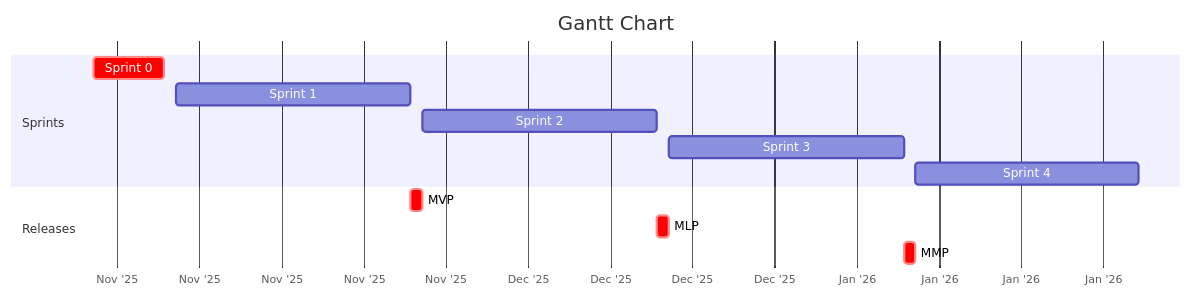
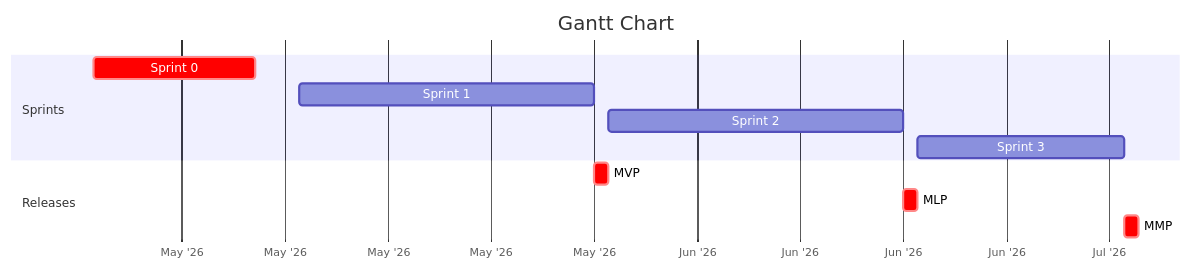
One commit to marlonburri03/cloud-escape-lab changed the second of 3 diagrams in README.md. Above: the diagram before and after it, drawn with Mermaid. The commit also changed other lines of this file and 3 other files, not shown here.

````diff
--- a/README.md
+++ b/README.md
@@ -230,18 +230,17 @@
 ```mermaid
 gantt
   title Gantt Chart
   dateFormat YYYY-MM-DD
   axisFormat %b '%y
 
   section Sprints
-  Sprint 0 :crit, sprint0, 2025-10-31, 2025-11-06
-  Sprint 1 :sprint1, 2025-11-07, 2025-11-27
-  Sprint 2 :sprint2, 2025-11-28, 2025-12-18
-  Sprint 3 :sprint3, 2025-12-19, 2026-01-08
-  Sprint 4 :sprint4, 2026-01-09, 2026-01-28
+  Sprint 0 :crit, sprint0, 2026-04-27, 2026-05-08
+  Sprint 1 :sprint1, 2026-05-11, 2026-05-31
+  Sprint 2 :sprint2, 2026-06-01, 2026-06-21
+  Sprint 3 :sprint3, 2026-06-22, 2026-07-06
 
   section Releases
-  MVP :crit, mvp, 2025-11-27, 1d
-  MLP :crit, mlp, 2025-12-18, 1d
-  MMP :crit, mmp, 2026-01-08, 1d
+  MVP :crit, mvp, 2026-05-31, 1d
+  MLP :crit, mlp, 2026-06-21, 1d
+  MMP :crit, mmp, 2026-07-06, 1d
 ```
````
